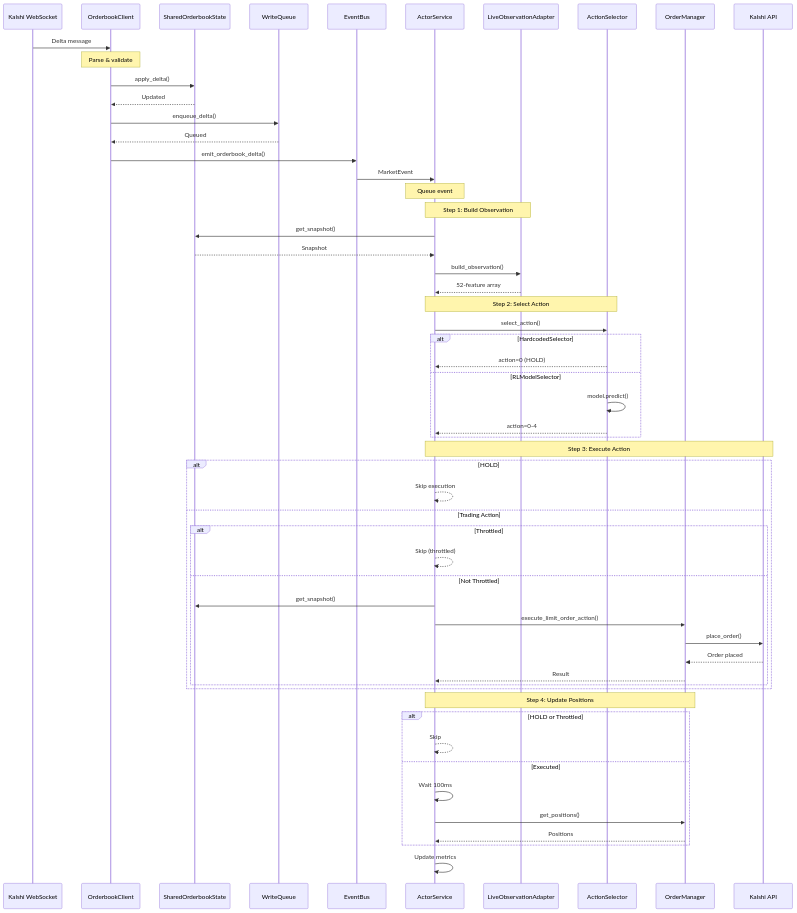
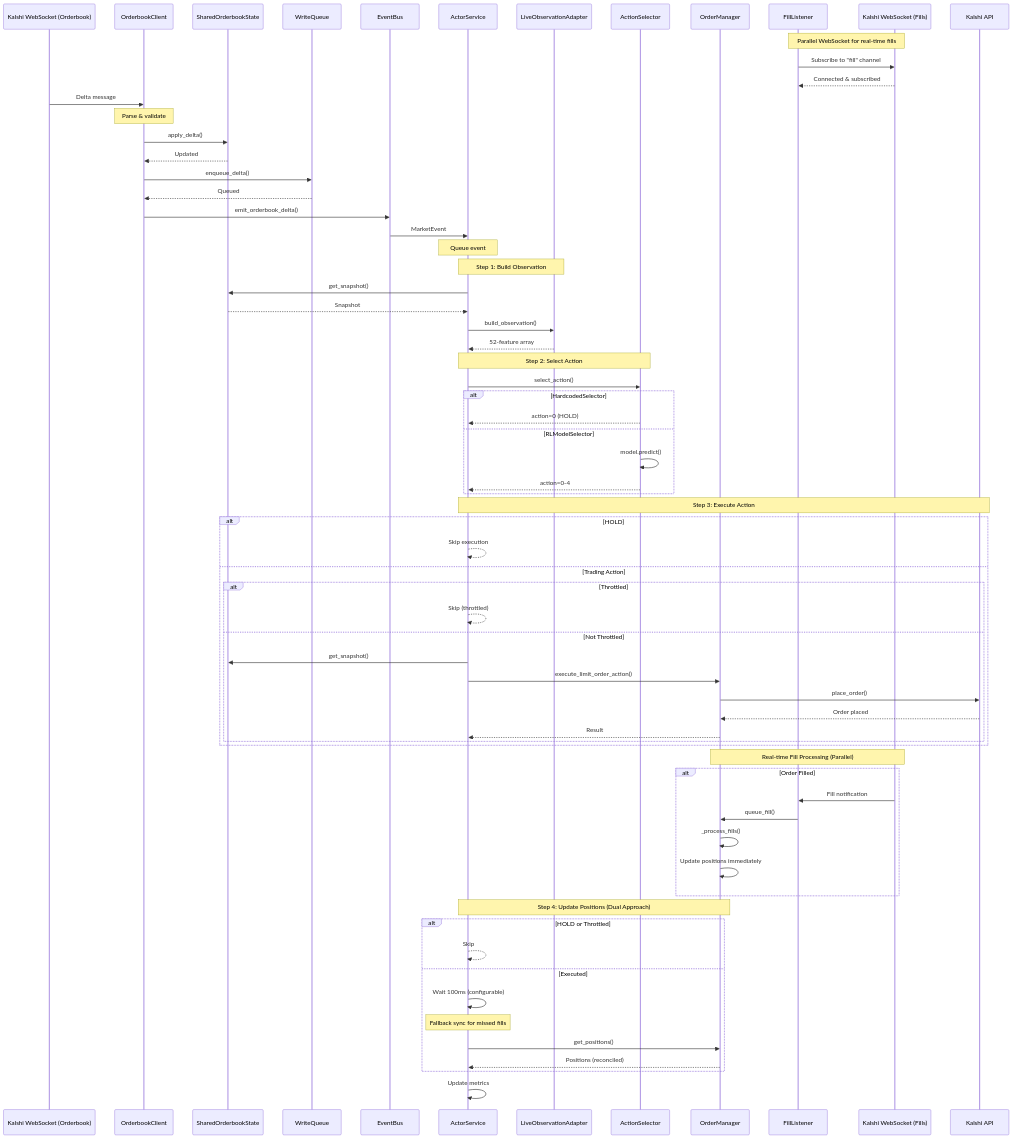
Before and after one commit to clouvelai/kalshiflow: the diagram in backend/docs/orderbook_delta_flow.md, drawn with Mermaid. The commit also changed other lines of this file and 12 other files, not shown here.

````diff
--- a/backend/docs/orderbook_delta_flow.md
+++ b/backend/docs/orderbook_delta_flow.md
@@ -5,6 +5,6 @@
 ```mermaid
 sequenceDiagram
-    participant WS as Kalshi WebSocket
+    participant WS as Kalshi WebSocket (Orderbook)
     participant OC as OrderbookClient
     participant SOS as SharedOrderbookState
     participant WQ as WriteQueue
@@ -13,7 +13,13 @@
     participant LOA as LiveObservationAdapter
     participant ASel as ActionSelector
     participant OM as OrderManager
+    participant FL as FillListener
+    participant WSFL as Kalshi WebSocket (Fills)
     participant API as Kalshi API
+
+    Note over FL,WSFL: Parallel WebSocket for real-time fills
+    FL->>WSFL: Subscribe to "fill" channel
+    WSFL-->>FL: Connected & subscribed
 
     WS->>OC: Delta message
     Note over OC: Parse & validate
@@ -59,13 +65,22 @@
         end
     end
     
-    Note over AS,OM: Step 4: Update Positions
+    Note over WSFL,OM: Real-time Fill Processing (Parallel)
+    alt Order Filled
+        WSFL->>FL: Fill notification
+        FL->>OM: queue_fill()
+        OM->>OM: _process_fills()
+        OM->>OM: Update positions immediately
+    end
+    
+    Note over AS,OM: Step 4: Update Positions (Dual Approach)
     alt HOLD or Throttled
         AS-->>AS: Skip
     else Executed
-        AS->>AS: Wait 100ms
+        AS->>AS: Wait 100ms (configurable)
+        Note over AS: Fallback sync for missed fills
         AS->>OM: get_positions()
-        OM-->>AS: Positions
+        OM-->>AS: Positions (reconciled)
     end
     
     AS->>AS: Update metrics
````
